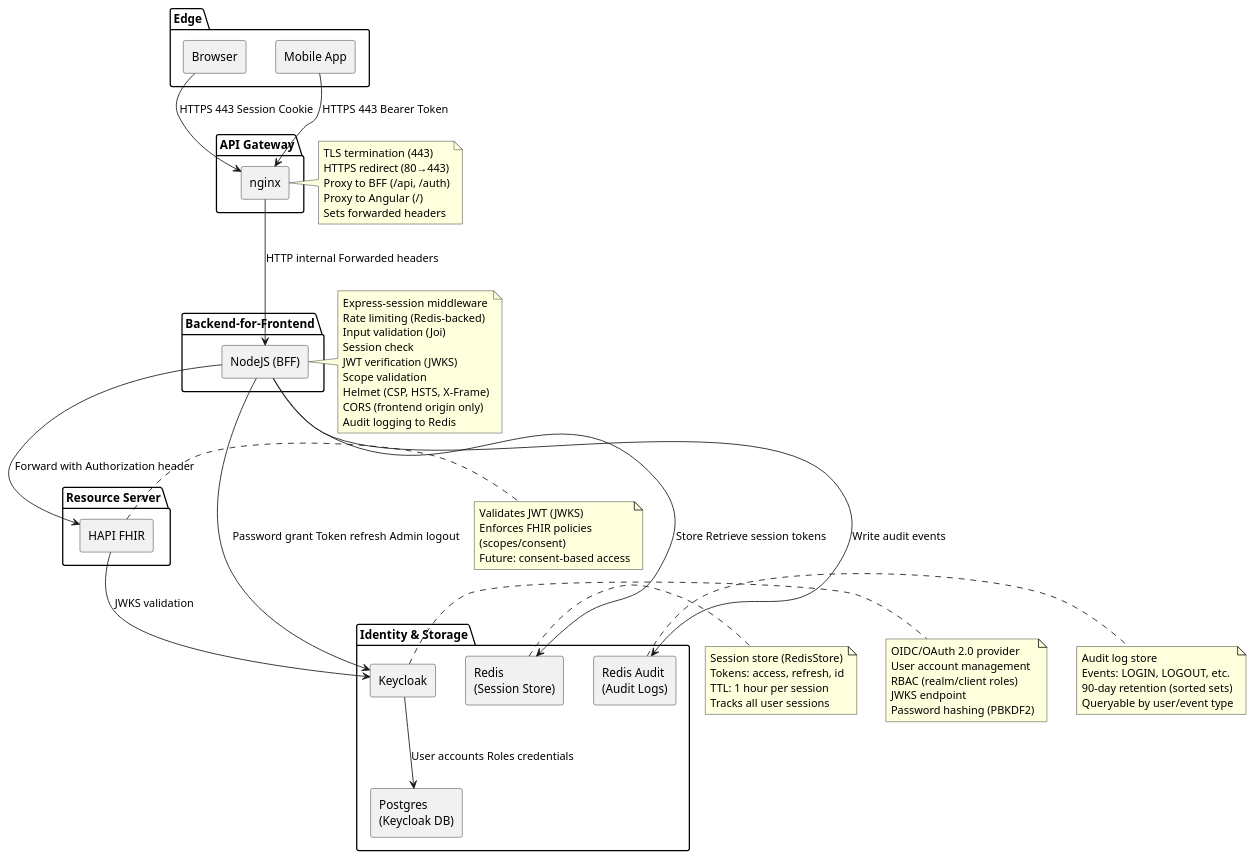
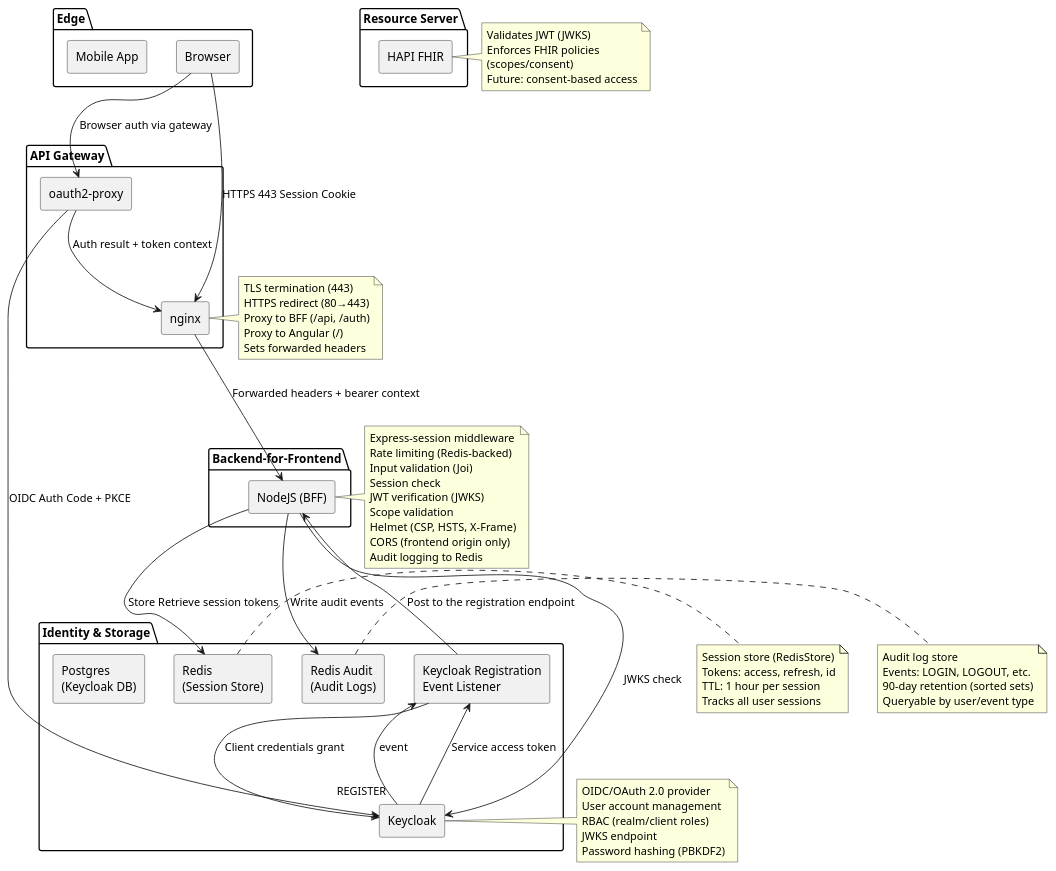
The diagram in security/Docs/components.puml (Belal0066/CFI-Care), drawn with PlantUML before and after one commit. The commit also changed 11 other files, not shown here.

Commit message:
thesis, diagrams updates [rel]

```diff
--- a/security/Docs/components.puml
+++ b/security/Docs/components.puml
@@ -1,88 +1,102 @@
 @startuml
 skinparam componentStyle rectangle
 
 package "Edge" {
   [Browser]
   [Mobile App]
 }
 
 package "API Gateway" {
   [nginx] 
+  [oauth2-proxy]
 }
 
 package "Backend-for-Frontend" {
   [NodeJS (BFF)]
 }
 
 package "Identity & Storage" {
   [Keycloak]
+  component "Keycloak Registration\nEvent Listener" as Listener
   component "Postgres\n(Keycloak DB)" as Postgres
   component "Redis\n(Session Store)" as Redis
   component "Redis Audit\n(Audit Logs)" as RedisAudit
 }
 
 package "Resource Server" {
   [HAPI FHIR]
 }
 
 Browser --> nginx : HTTPS 443 Session Cookie
-[Mobile App] --> nginx : HTTPS 443 Bearer Token
-nginx --> [NodeJS (BFF)] : HTTP internal Forwarded headers
+Browser --> [oauth2-proxy] : Browser auth via gateway
+[oauth2-proxy] --> Keycloak : OIDC Auth Code + PKCE
+[oauth2-proxy] --> nginx : Auth result + token context
+nginx --> [NodeJS (BFF)] : Forwarded headers + bearer context
+
+
+' [Mobile App] --> nginx : HTTPS 443 Bearer Token
+' nginx --> [NodeJS (BFF)] : HTTP internal Forwarded headers
 
 [NodeJS (BFF)] --> Redis : Store Retrieve session tokens
 [NodeJS (BFF)] --> RedisAudit : Write audit events
-[NodeJS (BFF)] --> Keycloak : Password grant Token refresh Admin logout
-[NodeJS (BFF)] --> [HAPI FHIR] : Forward with Authorization header
+' [NodeJS (BFF)] --> Keycloak : Password grant Token refresh Admin logout
+[NodeJS (BFF)] --> Keycloak : JWKS check
+' [NodeJS (BFF)] --> [HAPI FHIR] : Forward with Authorization header
 
-Keycloak --> Postgres : User accounts Roles credentials
-[HAPI FHIR] --> Keycloak : JWKS validation
+' Keycloak --> Postgres : User accounts Roles credentials
+' [HAPI FHIR] --> Keycloak : JWKS validation
+
+Keycloak --> Listener : "REGISTER" event
+Listener -> Keycloak : Client credentials grant
+Keycloak --> Listener : Service access token
+Listener -> [NodeJS (BFF)] : Post to the registration endpoint
 
 note right of [nginx]
   TLS termination (443)
   HTTPS redirect (80→443)
   Proxy to BFF (/api, /auth)
   Proxy to Angular (/)
   Sets forwarded headers
 end note
 
 note right of [NodeJS (BFF)]
   Express-session middleware
   Rate limiting (Redis-backed)
   Input validation (Joi)
   Session check 
   JWT verification (JWKS)
   Scope validation
   Helmet (CSP, HSTS, X-Frame)
   CORS (frontend origin only)
   Audit logging to Redis
 end note
 
 note right of [HAPI FHIR]
   Validates JWT (JWKS)
   Enforces FHIR policies
   (scopes/consent)
   Future: consent-based access
 end note
 
 note right of Redis
   Session store (RedisStore)
   Tokens: access, refresh, id
   TTL: 1 hour per session
   Tracks all user sessions
 end note
 
 note right of RedisAudit
   Audit log store
   Events: LOGIN, LOGOUT, etc.
   90-day retention (sorted sets)
   Queryable by user/event type
 end note
 
 note right of Keycloak
   OIDC/OAuth 2.0 provider
   User account management
   RBAC (realm/client roles)
   JWKS endpoint
   Password hashing (PBKDF2)
 end note
 @enduml
```
